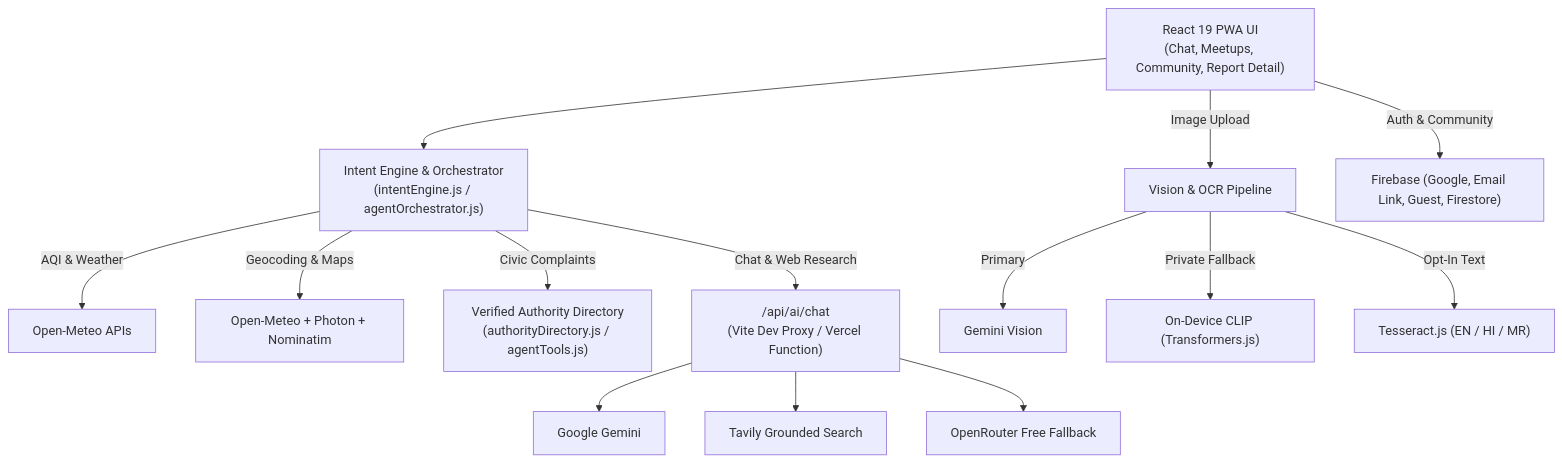
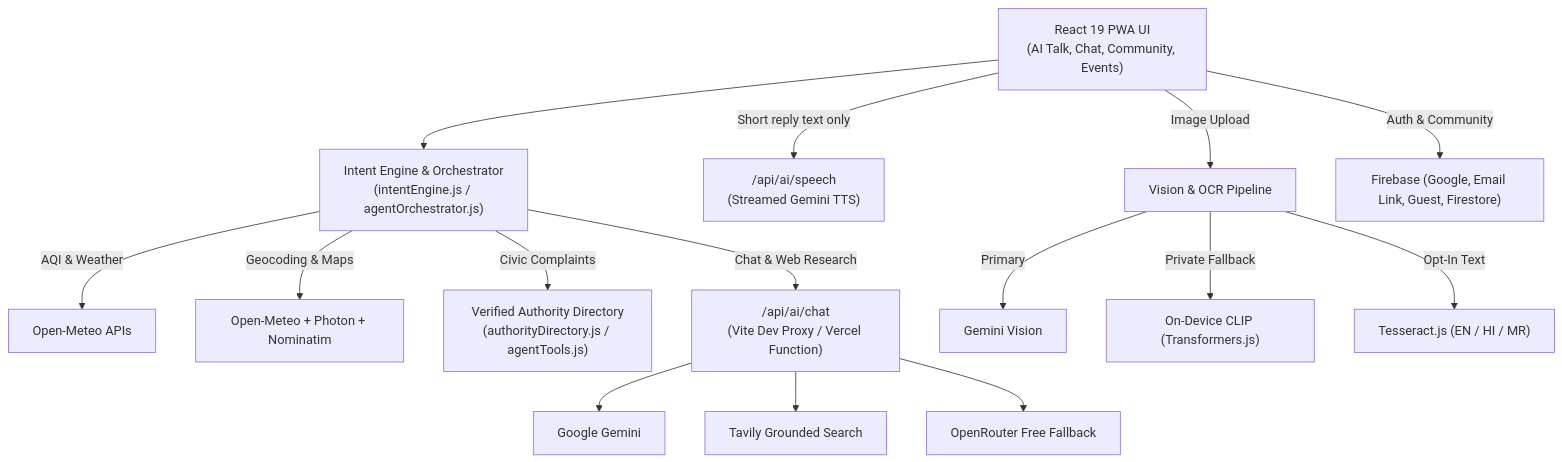
One commit to surajns0033-collab/ecopulse-ai changed the diagram in README.md. Above: the diagram before and after it, drawn with Mermaid. The commit also changed other lines of this file and 31 other files, not shown here.

````diff
--- a/README.md
+++ b/README.md
@@ -86,20 +86,21 @@
 ```mermaid
 flowchart TB
-    UI["React 19 PWA UI<br/>(Chat, Meetups, Community, Report Detail)"] --> IE["Intent Engine & Orchestrator<br/>(intentEngine.js / agentOrchestrator.js)"]
+    UI["React 19 PWA UI<br/>(AI Talk, Chat, Community, Events)"] --> IE["Intent Engine & Orchestrator<br/>(intentEngine.js / agentOrchestrator.js)"]
 
     IE -->|"AQI & Weather"| OM["Open-Meteo APIs"]
     IE -->|"Geocoding & Maps"| GEO["Open-Meteo + Photon + Nominatim"]
     IE -->|"Civic Complaints"| DIR["Verified Authority Directory<br/>(authorityDirectory.js / agentTools.js)"]
     IE -->|"Chat & Web Research"| PROXY["/api/ai/chat<br/>(Vite Dev Proxy / Vercel Function)"]
 
     PROXY --> GEM["Google Gemini"]
     PROXY --> TAV["Tavily Grounded Search"]
     PROXY --> OR["OpenRouter Free Fallback"]
+    UI -->|"Short reply text only"| SPEECH["/api/ai/speech<br/>(Streamed Gemini TTS)"]
 
     UI -->|"Image Upload"| VIS["Vision & OCR Pipeline"]
     VIS -->|"Primary"| GEMV["Gemini Vision"]
     VIS -->|"Private Fallback"| CLIP["On-Device CLIP (Transformers.js)"]
     VIS -->|"Opt-In Text"| OCR["Tesseract.js (EN / HI / MR)"]
 
     UI -->|"Auth & Community"| FB["Firebase (Google, Email Link, Guest, Firestore)"]
 ```
````
